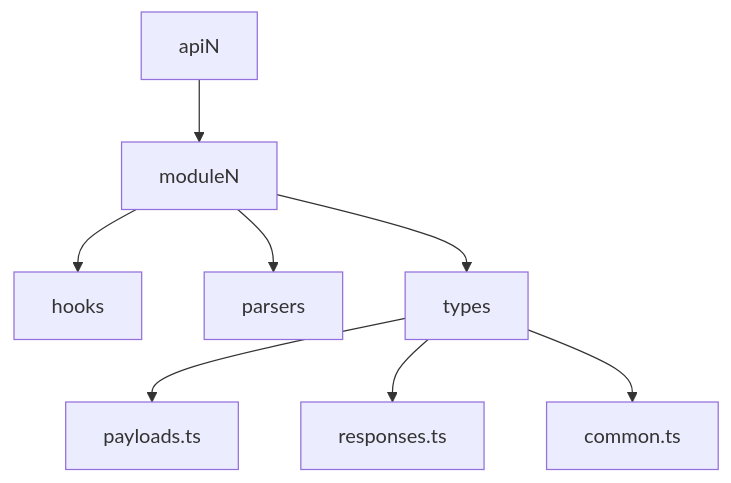
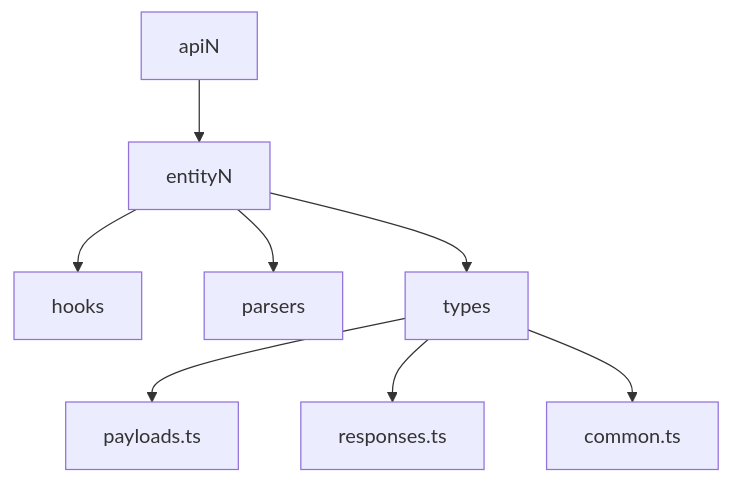
Before and after one commit to runespoor-engineering/runespoorstack: the third of 10 diagrams in apps/archive/docs/engineering-playbook/source-control/simple-react-files-stricture.mdx, drawn with Mermaid. The commit also changed other lines of this file, not shown here.

````diff
--- a/apps/archive/docs/engineering-playbook/source-control/simple-react-files-stricture.mdx
+++ b/apps/archive/docs/engineering-playbook/source-control/simple-react-files-stricture.mdx
@@ -143,10 +148,10 @@
 ```mermaid
 graph TD
-  apiN --> moduleN
-  moduleN --> hooks
-  moduleN --> parsers
-  moduleN --> types
+  apiN --> entityN
+  entityN --> hooks
+  entityN --> parsers
+  entityN --> types
   types --> payloads.ts
   types --> responses.ts
   types --> common.ts
 ```
````
